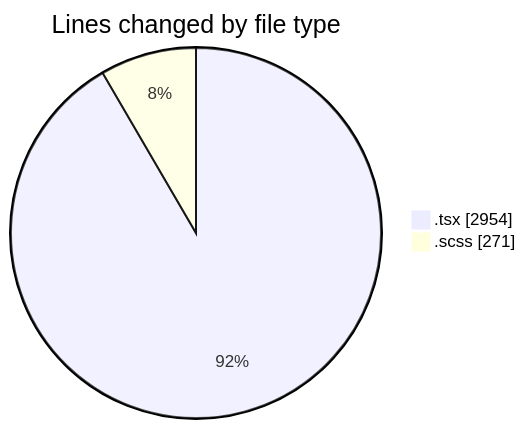
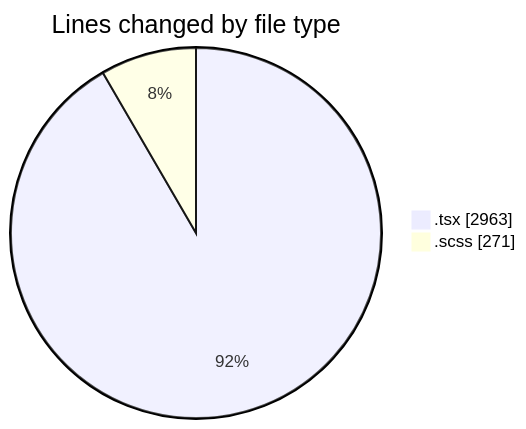
Before and after one commit to momahboobian/code-tracking: the first of 2 diagrams in 2025-11-18/cda/README.md, drawn with Mermaid. The commit also changed other lines of this file and 1 other file, not shown here.

````diff
--- a/2025-11-18/cda/README.md
+++ b/2025-11-18/cda/README.md
@@ -25,6 +25,6 @@
 ```mermaid
 pie showData
 title Lines changed by file type
-".tsx" : 2954
+".tsx" : 2963
 ".scss" : 271
 ```
````
